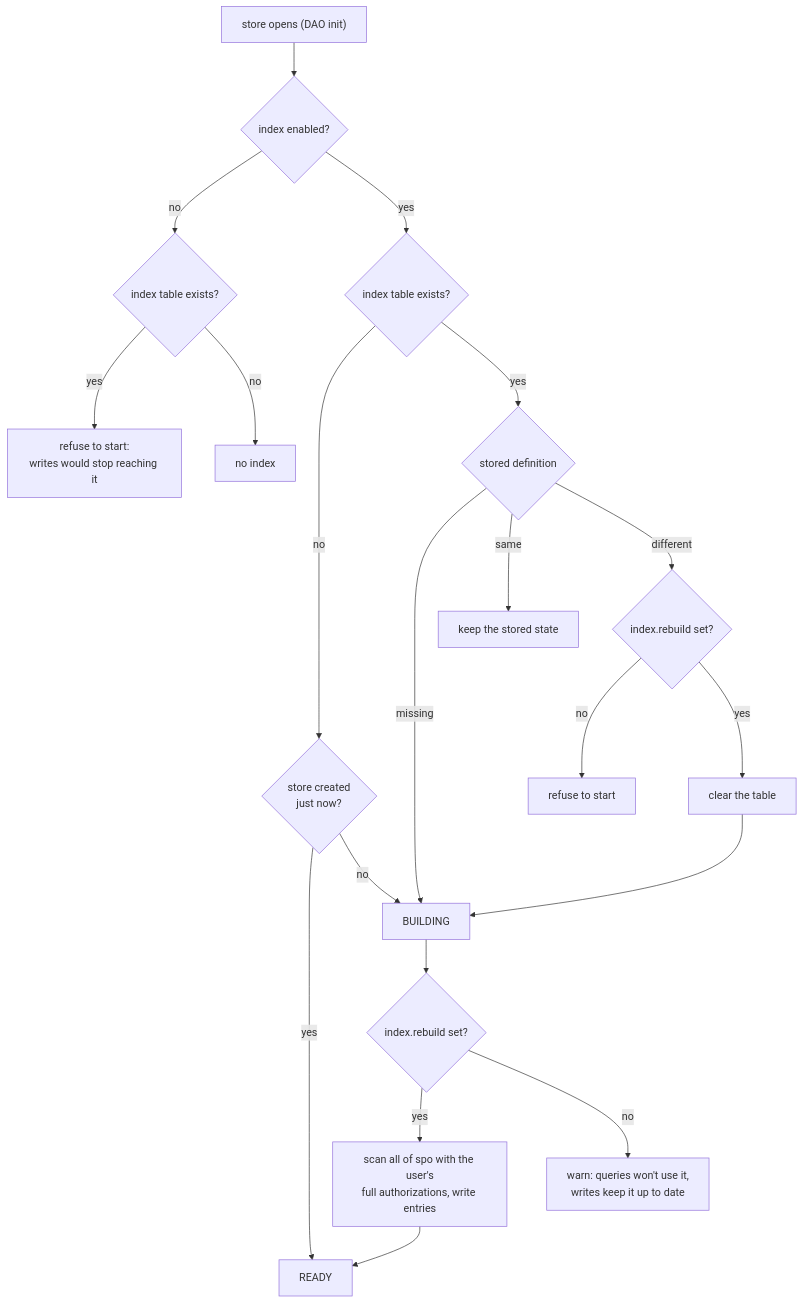
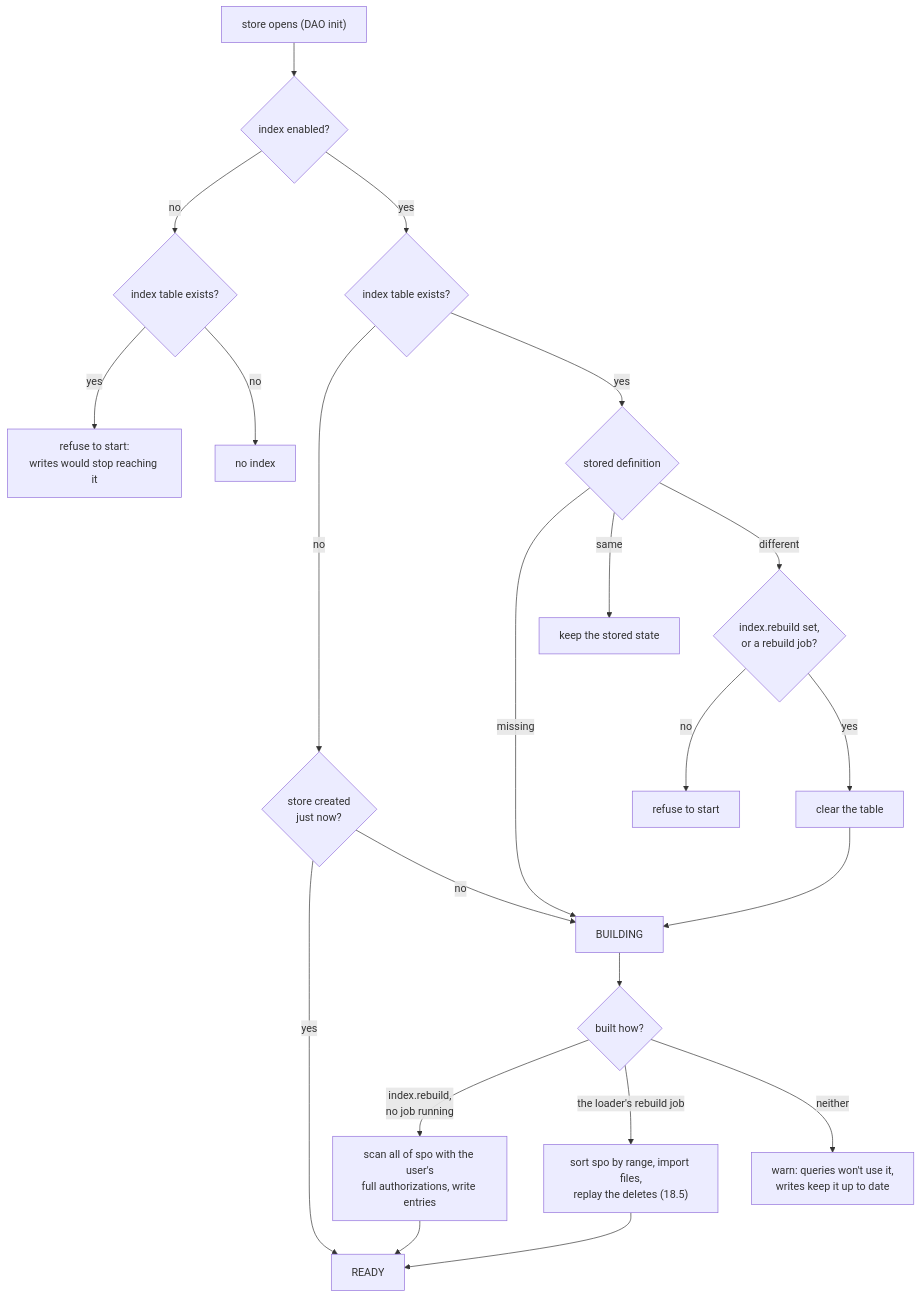
Before and after one commit to dgreco/rya-ng: diagram 16 of 21 in ARCH.md, drawn with Mermaid. The commit also changed other lines of this file and 15 other files, not shown here.

````diff
--- a/ARCH.md
+++ b/ARCH.md
@@ -1587,20 +1587,21 @@
 ```mermaid
 flowchart TD
     open["store opens (DAO init)"] --> en{"index enabled?"}
     en -- "no" --> ex1{"index table exists?"}
     ex1 -- "yes" --> refuse["refuse to start:<br/>writes would stop reaching it"]
     ex1 -- "no" --> skip["no index"]
     en -- "yes" --> ex2{"index table exists?"}
     ex2 -- "no" --> created{"store created<br/>just now?"}
     created -- "yes" --> ready["READY"]
     created -- "no" --> building["BUILDING"]
     ex2 -- "yes" --> rec{"stored definition"}
     rec -- "missing" --> building
     rec -- "same" --> keep["keep the stored state"]
-    rec -- "different" --> rb{"index.rebuild set?"}
+    rec -- "different" --> rb{"index.rebuild set,<br/>or a rebuild job?"}
     rb -- "no" --> refuse2["refuse to start"]
     rb -- "yes" --> clear["clear the table"] --> building
-    building --> rb2{"index.rebuild set?"}
-    rb2 -- "yes" --> rebuild["scan all of spo with the user's<br/>full authorizations, write entries"] --> ready
-    rb2 -- "no" --> warn["warn: queries won't use it,<br/>writes keep it up to date"]
+    building --> rb2{"built how?"}
+    rb2 -- "index.rebuild,<br/>no job running" --> rebuild["scan all of spo with the user's<br/>full authorizations, write entries"] --> ready
+    rb2 -- "the loader's rebuild job" --> job["sort spo by range, import files,<br/>replay the deletes (18.5)"] --> ready
+    rb2 -- "neither" --> warn["warn: queries won't use it,<br/>writes keep it up to date"]
 ```
````
